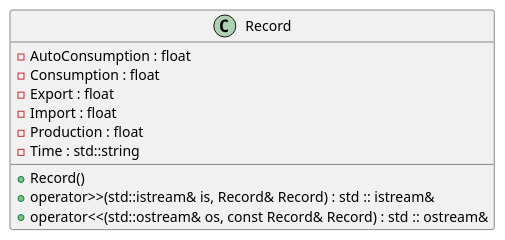
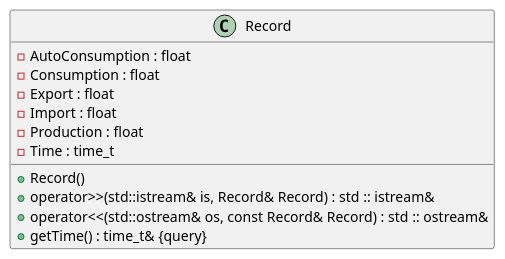
Before and after one commit to MaciejWojs/CSV-Parser: the second of 3 diagrams in inline_umlgraph_pnghtml.pu, drawn with PlantUML. The commit also changed other lines of this file and 107 other files, not shown here.

```diff
--- a/inline_umlgraph_pnghtml.pu
+++ b/inline_umlgraph_pnghtml.pu
@@ -9,14 +9,15 @@
 @startuml inline_umlgraph_3.png
 class Record {
 -AutoConsumption : float
 -Consumption : float
 -Export : float
 -Import : float
 -Production : float
--Time : std::string
+-Time : time_t
 +Record()
 +operator>>(std::istream& is, Record& Record) : std :: istream&
 +operator<<(std::ostream& os, const Record& Record) : std :: ostream&
++getTime() : time_t& {query}
 
 }
 @enduml
```
